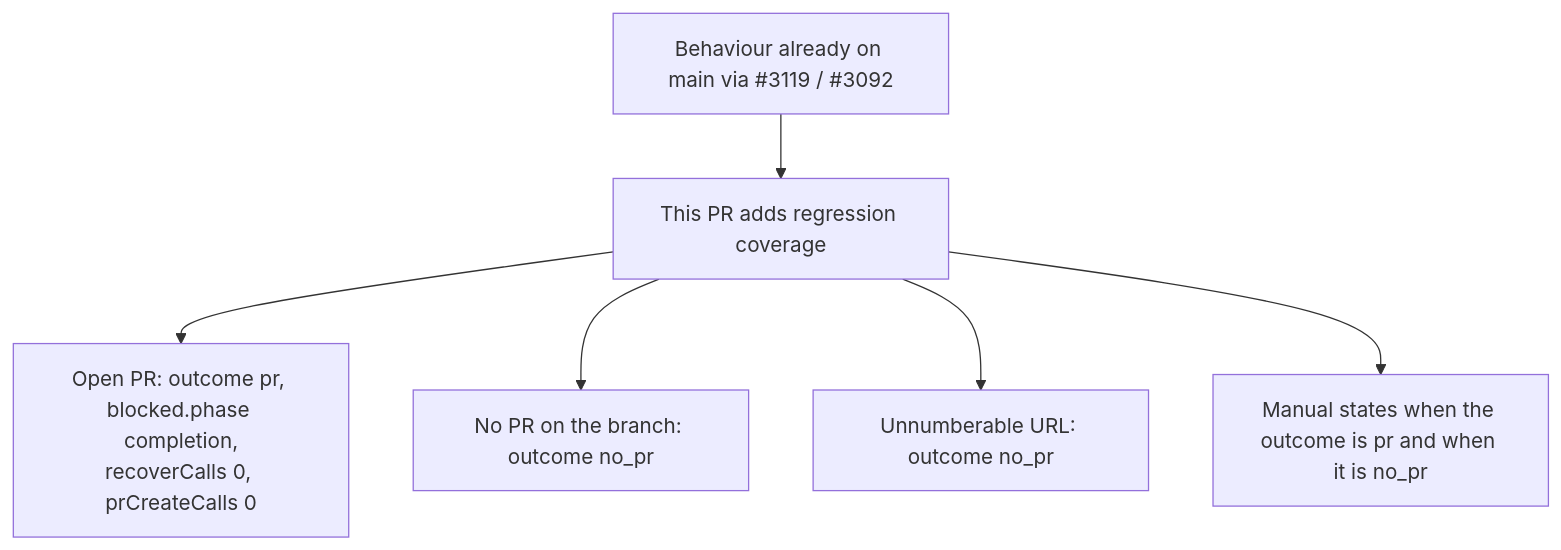
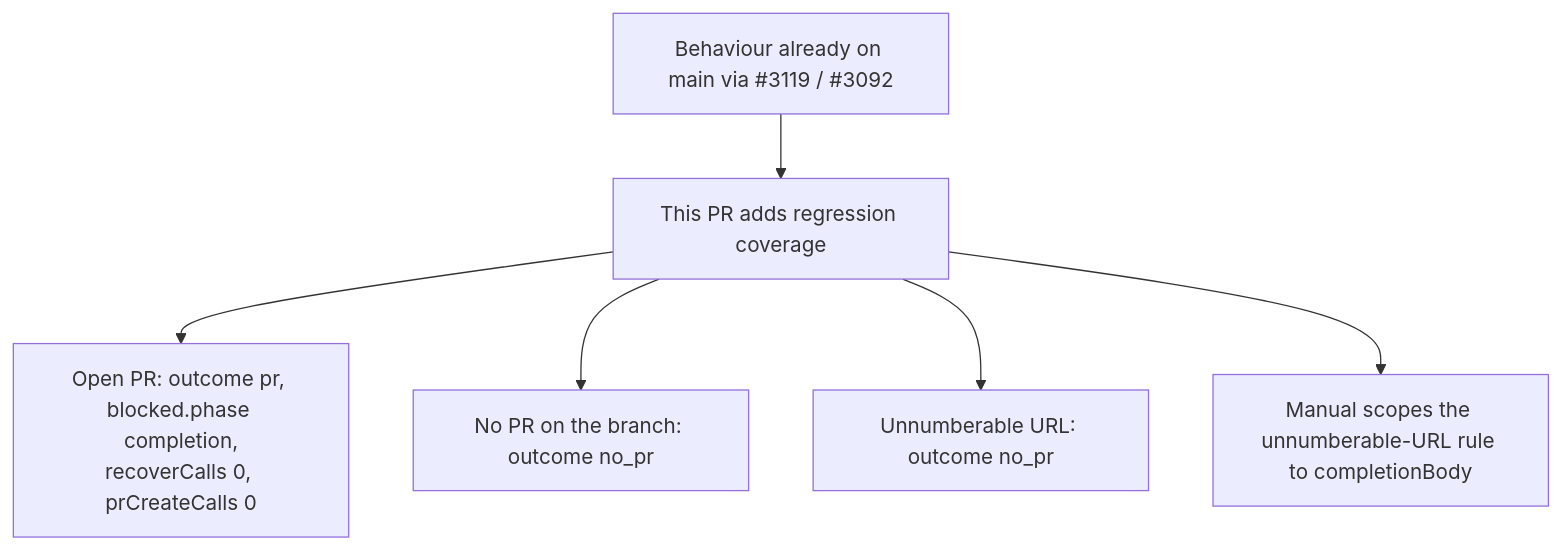
One commit to stSoftwareAU/VibeCoder changed the diagram in docs/archive/pr-summaries/pr-summary-3121.md. Above: the diagram before and after it, drawn with Mermaid. The commit also changed other lines of this file and 1 other file, not shown here.

Commit message:
Scope the unnumberable-URL rule to the completionBody guard call (Issue #3121).

````diff
--- a/docs/archive/pr-summaries/pr-summary-3121.md
+++ b/docs/archive/pr-summaries/pr-summary-3121.md
@@ -46,8 +49,8 @@
 ```mermaid
 flowchart TD
   M["Behaviour already on main via #3119 / #3092"] --> T["This PR adds regression coverage"]
   T --> A["Open PR: outcome pr, blocked.phase completion,<br/>recoverCalls 0, prCreateCalls 0"]
   T --> B["No PR on the branch: outcome no_pr"]
   T --> C["Unnumberable URL: outcome no_pr"]
-  T --> D["Manual states when the outcome is pr and when it is no_pr"]
+  T --> D["Manual scopes the unnumberable-URL rule to completionBody"]
 ```
````
